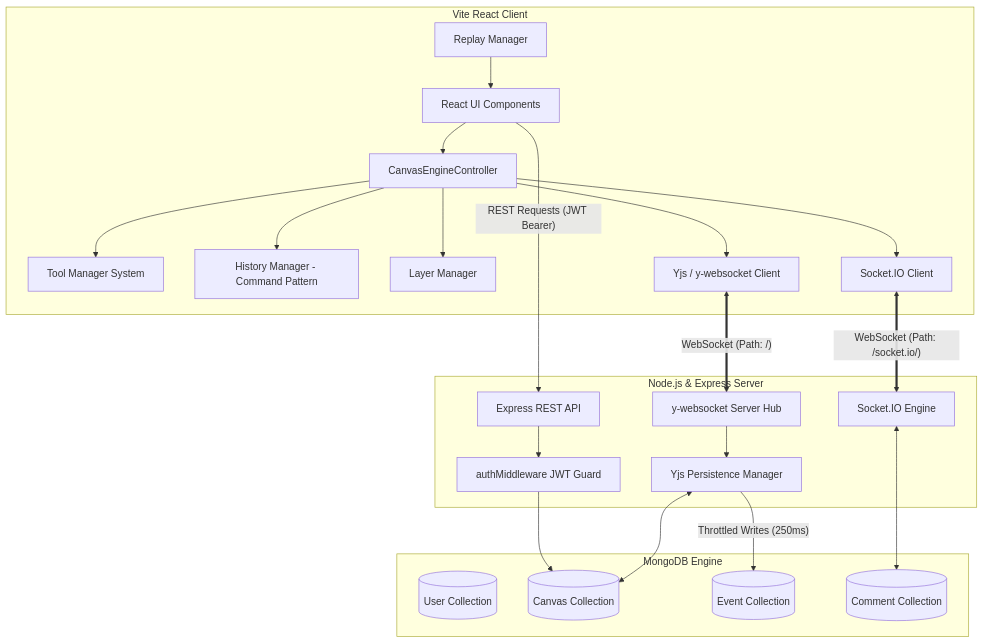
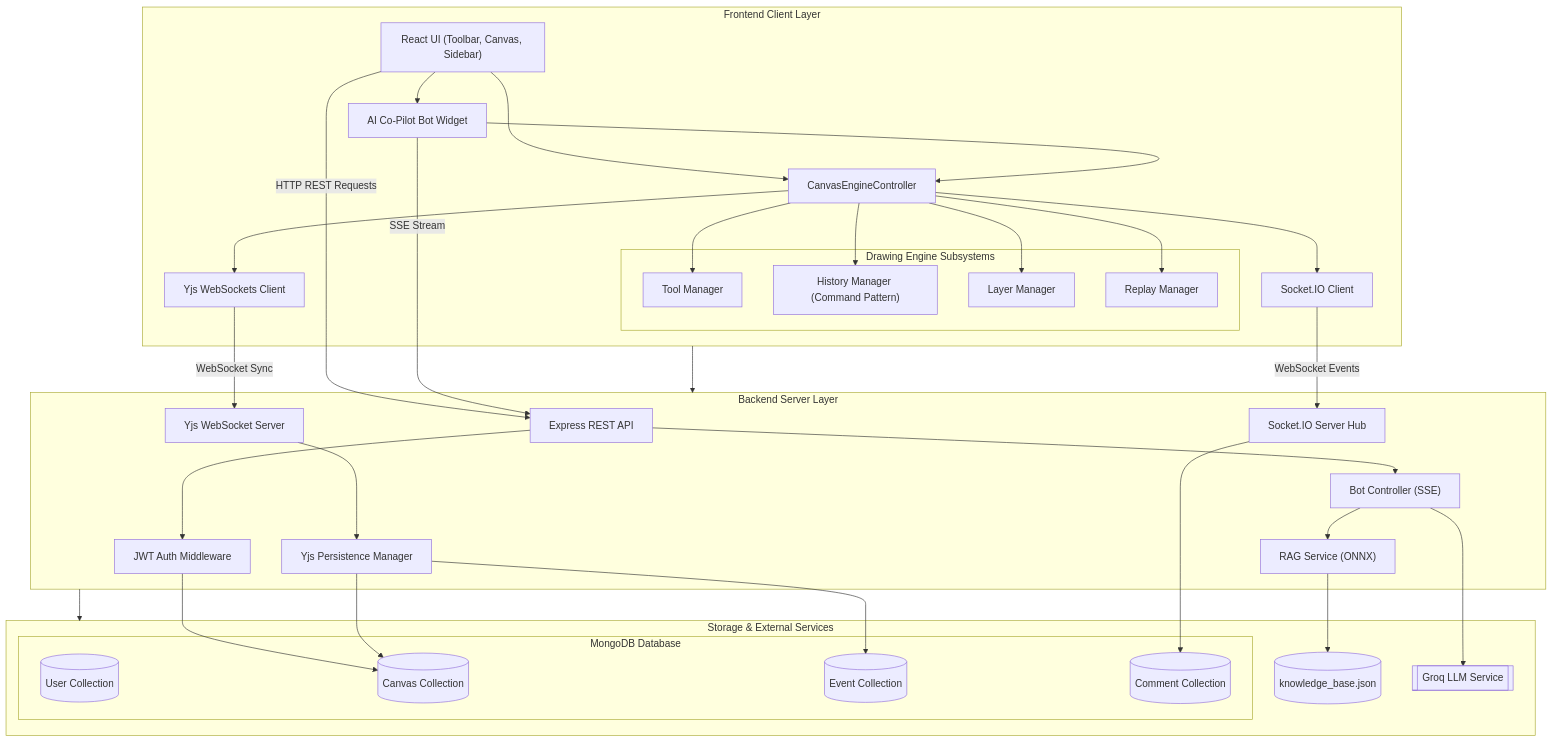
The diagram in README.md (Harvey-08/DesignDeck), drawn with Mermaid before and after one commit. The commit also changed other lines of this file, not shown here.

Commit message:
updated README documentation to reflect the new AI co-pilot architecture and features

````diff
--- a/README.md
+++ b/README.md
@@ -11,50 +15,81 @@
 ```mermaid
-flowchart TB
-    subgraph Frontend [Vite React Client]
-        UI[React UI Components]
-        Controller[CanvasEngineController]
-        ToolMgr[Tool Manager System]
-        HistMgr[History Manager - Command Pattern]
-        LayerMgr[Layer Manager]
-        ReplayMgr[Replay Manager]
-        YClient[Yjs / y-websocket Client]
-        SIOClient[Socket.IO Client]
+flowchart TD
+
+    subgraph Frontend ["Frontend Client Layer"]
+        UI["React UI (Toolbar, Canvas, Sidebar)"]
+        BotWidget["AI Co-Pilot Bot Widget"]
+        Controller["CanvasEngineController"]
+
+        subgraph Managers ["Drawing Engine Subsystems"]
+            ToolMgr["Tool Manager"]
+            HistMgr["History Manager (Command Pattern)"]
+            LayerMgr["Layer Manager"]
+            ReplayMgr["Replay Manager"]
+        end
+
+        YClient["Yjs WebSockets Client"]
+        SIOClient["Socket.IO Client"]
+
+        UI --> Controller
+        UI --> BotWidget
+        BotWidget --> Controller
+
+        Controller --> ToolMgr
+        Controller --> HistMgr
+        Controller --> LayerMgr
+        Controller --> ReplayMgr
+        Controller --> YClient
+        Controller --> SIOClient
     end
 
-    subgraph Backend [Node.js & Express Server]
-        HTTP[Express REST API]
-        AuthMid[authMiddleware JWT Guard]
-        WSServer[y-websocket Server Hub]
-        SIOServer[Socket.IO Engine]
-        Persistence[Yjs Persistence Manager]
+    subgraph Backend ["Backend Server Layer"]
+        HTTP["Express REST API"]
+        AuthMid["JWT Auth Middleware"]
+        BotController["Bot Controller (SSE)"]
+        RAGService["RAG Service (ONNX)"]
+        WSServer["Yjs WebSocket Server"]
+        SIOServer["Socket.IO Server Hub"]
+        Persistence["Yjs Persistence Manager"]
+
+        HTTP --> AuthMid
+        HTTP --> BotController
+        BotController --> RAGService
+        WSServer --> Persistence
     end
 
-    subgraph Database [MongoDB Engine]
-        UserCol[(User Collection)]
-        CanvasCol[(Canvas Collection)]
-        EventCol[(Event Collection)]
-        CommentCol[(Comment Collection)]
+    subgraph Storage ["Storage & External Services"]
+        subgraph Mongo ["MongoDB Database"]
+            UserCol[("User Collection")]
+            CanvasCol[("Canvas Collection")]
+            EventCol[("Event Collection")]
+            CommentCol[("Comment Collection")]
+        end
+
+        KBFile[("knowledge_base.json")]
+        GroqCloud[["Groq LLM Service"]]
     end
 
-    %% Client Interactions
-    UI --> Controller
-    Controller --> ToolMgr
-    Controller --> HistMgr
-    Controller --> LayerMgr
-    Controller --> YClient
-    Controller --> SIOClient
-    ReplayMgr --> UI
+    %% Frontend -> Backend
+    UI -->|HTTP REST Requests| HTTP
+    BotWidget -->|SSE Stream| HTTP
+    YClient -->|WebSocket Sync| WSServer
+    SIOClient -->|WebSocket Events| SIOServer
 
-    %% Network Connections
-    YClient <== "WebSocket (Path: /)" ==> WSServer
-    SIOClient <== "WebSocket (Path: /socket.io/)" ==> SIOServer
-    UI -- "REST Requests (JWT Bearer)" --> HTTP
-    
-    %% Backend Flows
-    HTTP --> AuthMid
+    %% Backend -> Services
     AuthMid --> CanvasCol
-    WSServer --> Persistence
-    Persistence <--> CanvasCol
-    Persistence -- "Throttled Writes (250ms)" --> EventCol
-    SIOServer <--> CommentCol
+    BotController --> GroqCloud
+    RAGService --> KBFile
+
+    %% Persistence
+    Persistence --> CanvasCol
+    Persistence --> EventCol
+    SIOServer --> CommentCol
+
+    %% Vertical stacking
+    Frontend --> Backend
+    Backend --> Storage
+
+    %% Alignment helpers
+    Controller ~~~ HTTP
+    HTTP ~~~ CanvasCol
 ```
````
